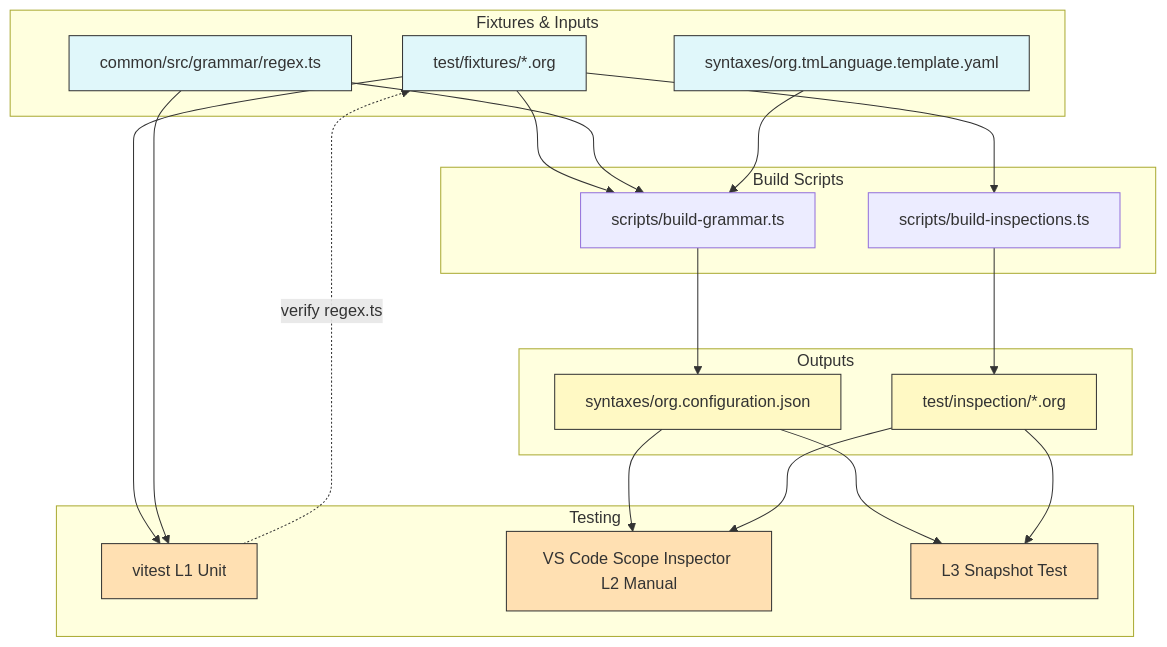
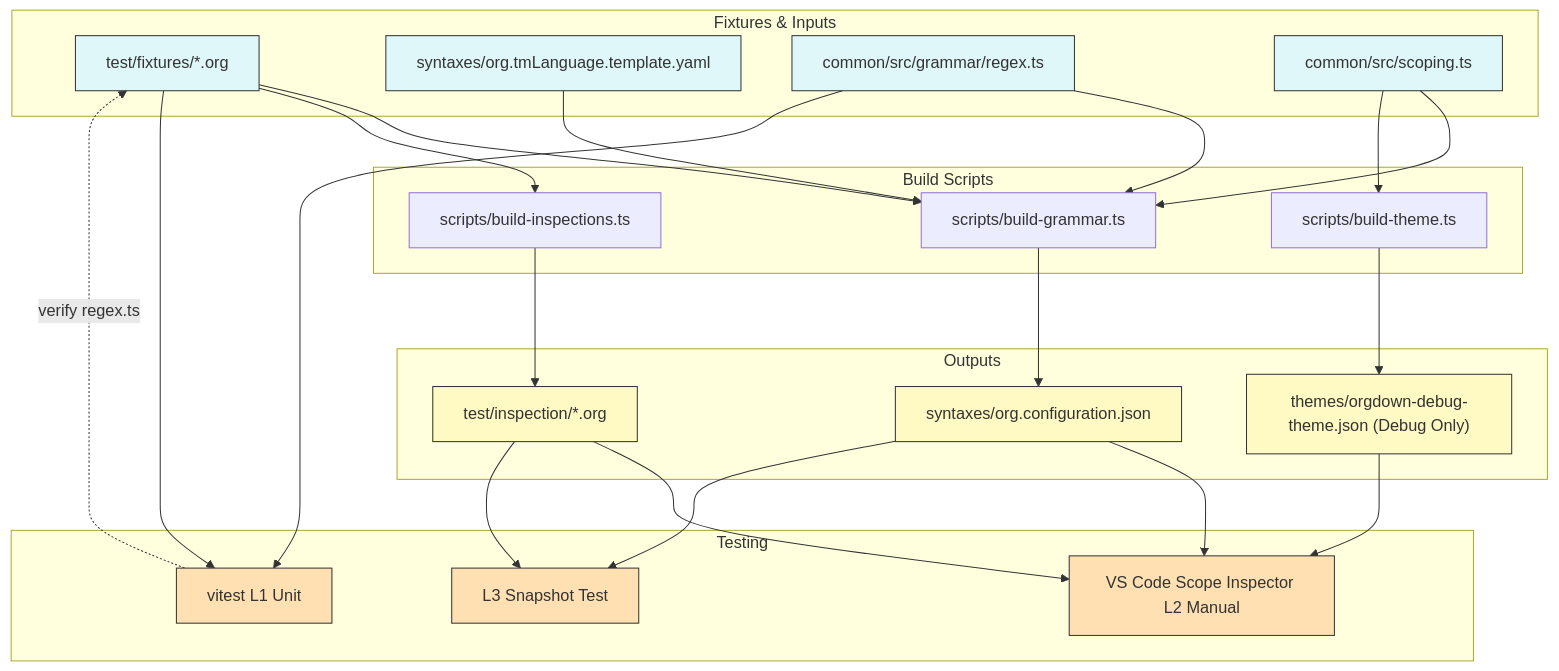
Before and after one commit to idears-org/orgdown-vscode: the diagram in docs/architecture_decisions/005-unified-grammar-and-test-workflow.org, drawn with Mermaid. The commit also changed other lines of this file and 9 other files, not shown here.

```diff
--- a/docs/architecture_decisions/005-unified-grammar-and-test-workflow.org
+++ b/docs/architecture_decisions/005-unified-grammar-and-test-workflow.org
@@ -43,60 +44,67 @@
 #+begin_src mermaid
 
 flowchart TD
     subgraph Fixtures & Inputs
         F1[test/fixtures/*.org]
         G1[syntaxes/org.tmLanguage.template.yaml]
         R1[common/src/grammar/regex.ts]
+        S1[common/src/scoping.ts]
     end
 
     subgraph Build Scripts
         BG[scripts/build-grammar.ts]
         BI[scripts/build-inspections.ts]
+        BT[scripts/build-theme.ts]
     end
 
     subgraph Outputs
         CG[syntaxes/org.configuration.json]
         INSP[test/inspection/*.org]
+        DT["themes/orgdown-debug-theme.json (Debug Only)"]
     end
 
     subgraph Testing
         VITEST[vitest L1 Unit]
         VSCOPE[VS Code Scope Inspector L2 Manual]
         SNAP[L3 Snapshot Test]
     end
 
     %% Fixture flow
     F1 --> BG
     F1 --> BI
     F1 --> VITEST
 
-    %% Grammar/Regex flow
+    %% Grammar/Regex/Scope flow
     R1 --> BG
     R1 --> VITEST
+    S1 --> BG
+    S1 --> BT
 
     %% Grammar template flow
     G1 --> BG
 
     %% Build outputs
     BG --> CG
     BI --> INSP
+    BT --> DT
 
     %% L1 Unit
     VITEST -.->|verify regex.ts| F1
 
     %% L2 Manual
     CG --> VSCOPE
     INSP --> VSCOPE
+    DT --> VSCOPE
 
     %% L3 Snapshot
     CG --> SNAP
     INSP --> SNAP
 
     classDef input fill:#e0f7fa,stroke:#333,stroke-width:1px;
     classDef output fill:#fff9c4,stroke:#333,stroke-width:1px;
     classDef test fill:#ffe0b2,stroke:#333,stroke-width:1px;
-    class F1,G1,R1 input;
-    class CG,INSP output;
+    class F1,G1,R1,S1 input;
+    class CG,INSP,DT output;
     class VITEST,VSCOPE,SNAP test;
 
 #+end_src
```
